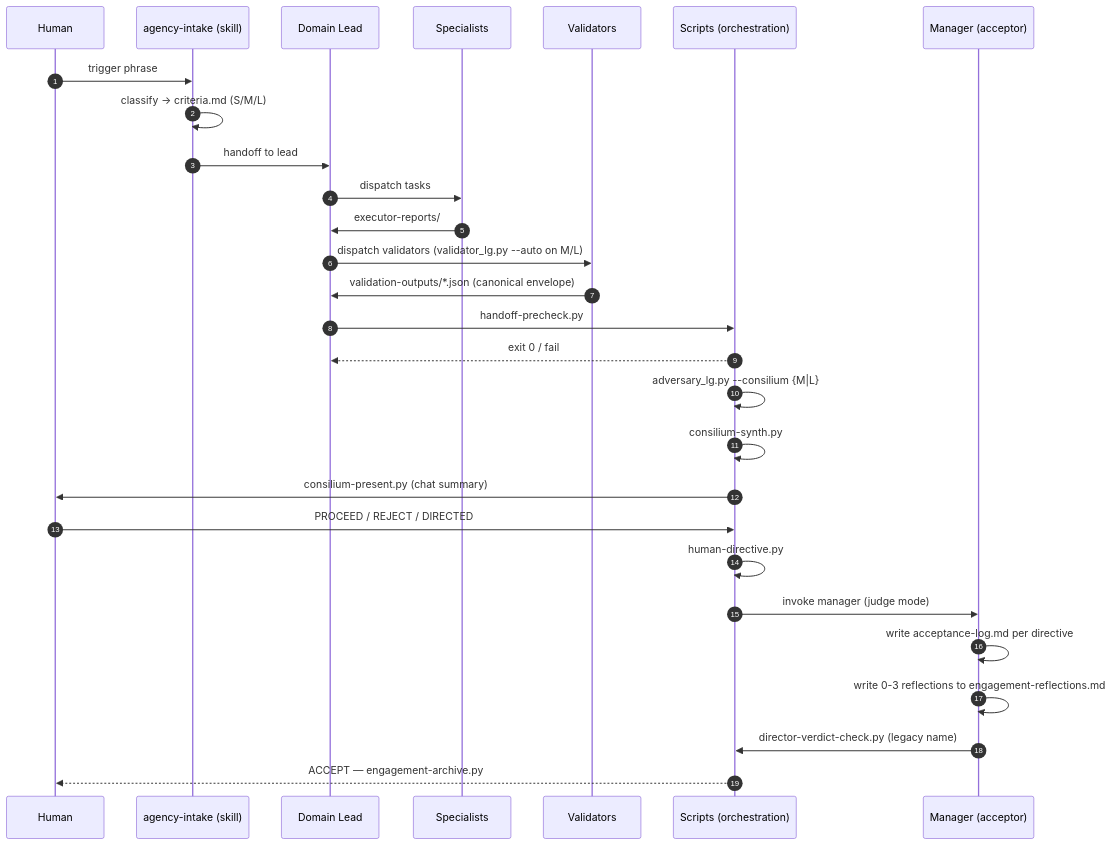
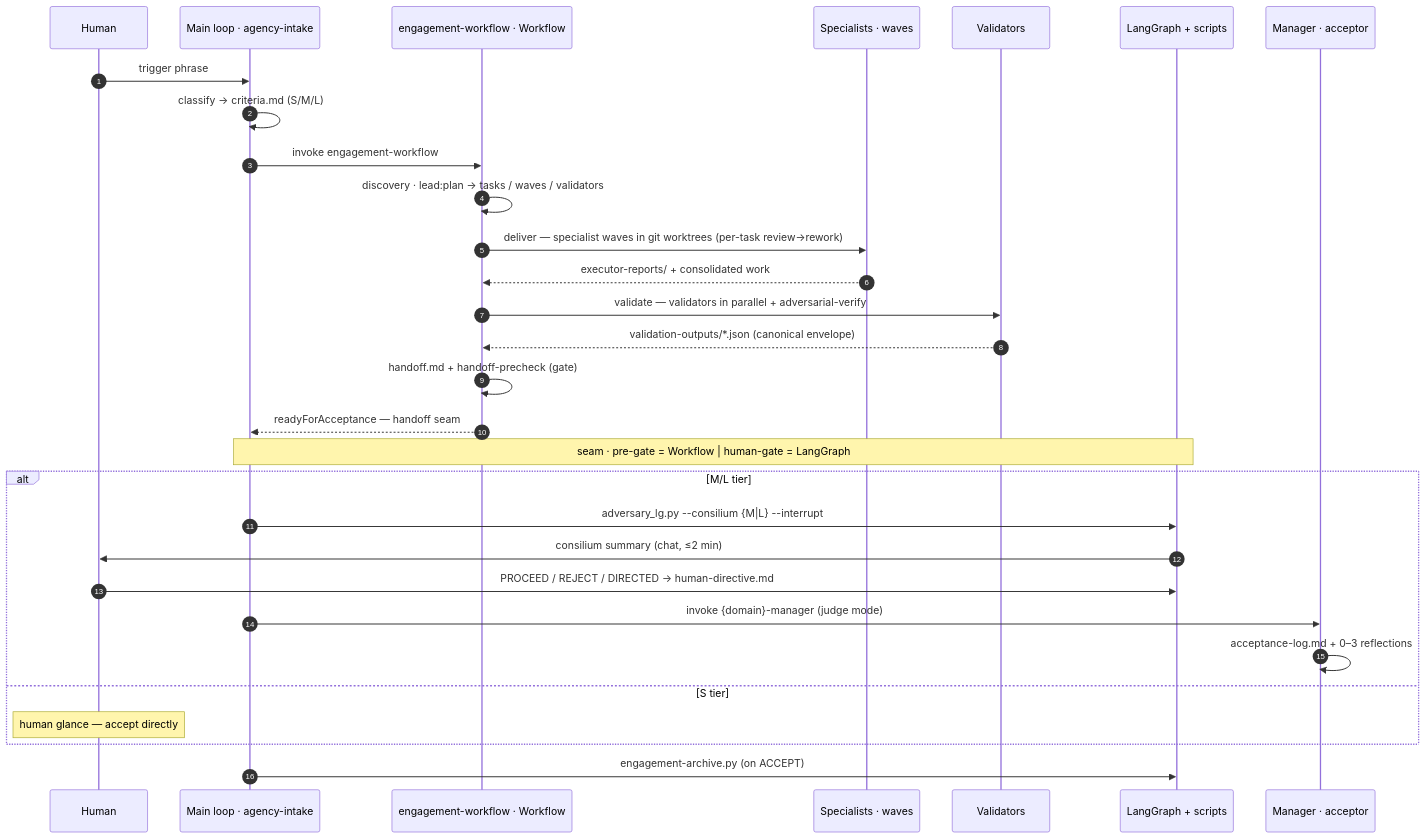
The second of 2 diagrams in README.md (AgentShekel/agentic-workflow), drawn with Mermaid before and after one commit. The commit also changed other lines of this file and 96 other files, not shown here.

First line of the commit message:
feat: v0.3 — engagement orchestration unified under the engagement-workflow Workflow

````diff
--- a/README.md
+++ b/README.md
@@ -186,31 +195,33 @@
 ```mermaid
 sequenceDiagram
     autonumber
     participant U as Human
-    participant SK as agency-intake (skill)
-    participant L as Domain Lead
-    participant SP as Specialists
+    participant ML as Main loop · agency-intake
+    participant WF as engagement-workflow · Workflow
+    participant SP as Specialists · waves
     participant V as Validators
-    participant SC as Scripts (orchestration)
-    participant M as Manager (acceptor)
+    participant SC as LangGraph + scripts
+    participant M as Manager · acceptor
 
-    U->>SK: trigger phrase
-    SK->>SK: classify → criteria.md (S/M/L)
-    SK->>L: handoff to lead
-    L->>SP: dispatch tasks
-    SP->>L: executor-reports/
-    L->>V: dispatch validators (validator_lg.py --auto on M/L)
-    V->>L: validation-outputs/*.json (canonical envelope)
-    L->>SC: handoff-precheck.py
-    SC-->>L: exit 0 / fail
-    SC->>SC: adversary_lg.py --consilium {M|L}
-    SC->>SC: consilium-synth.py
-    SC->>U: consilium-present.py (chat summary)
-    U->>SC: PROCEED / REJECT / DIRECTED
-    SC->>SC: human-directive.py
-    SC->>M: invoke manager (judge mode)
-    M->>M: write acceptance-log.md per directive
-    M->>M: write 0-3 reflections to engagement-reflections.md
-    M->>SC: director-verdict-check.py (legacy name)
-    SC-->>U: ACCEPT — engagement-archive.py
+    U->>ML: trigger phrase
+    ML->>ML: classify → criteria.md (S/M/L)
+    ML->>WF: invoke engagement-workflow
+    WF->>WF: discovery · lead:plan → tasks / waves / validators
+    WF->>SP: deliver — specialist waves in git worktrees (per-task review→rework)
+    SP-->>WF: executor-reports/ + consolidated work
+    WF->>V: validate — validators in parallel + adversarial-verify
+    V-->>WF: validation-outputs/*.json (canonical envelope)
+    WF->>WF: handoff.md + handoff-precheck (gate)
+    WF-->>ML: readyForAcceptance — handoff seam
+    Note over ML,SC: seam · pre-gate = Workflow | human-gate = LangGraph
+    alt M/L tier
+        ML->>SC: adversary_lg.py --consilium {M|L} --interrupt
+        SC->>U: consilium summary (chat, ≤2 min)
+        U->>SC: PROCEED / REJECT / DIRECTED → human-directive.md
+        ML->>M: invoke {domain}-manager (judge mode)
+        M->>M: acceptance-log.md + 0–3 reflections
+    else S tier
+        Note over U: human glance — accept directly
+    end
+    ML->>SC: engagement-archive.py (on ACCEPT)
 ```
````
